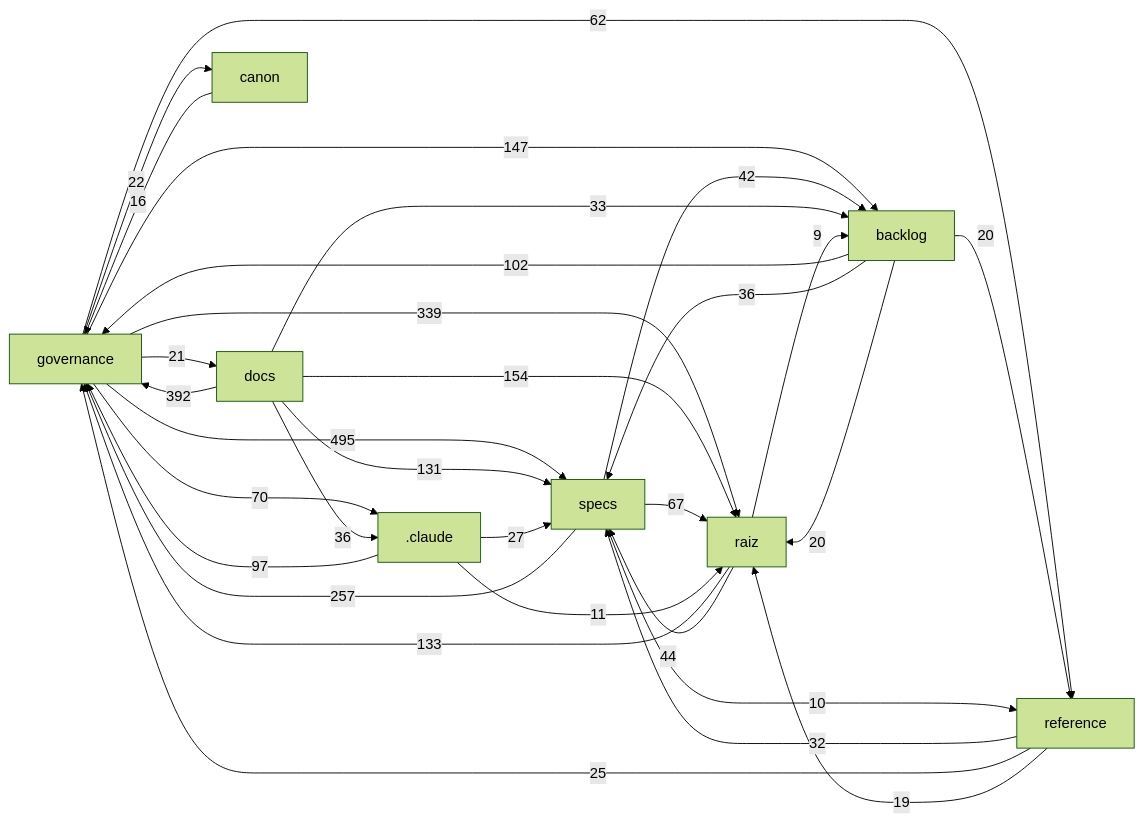
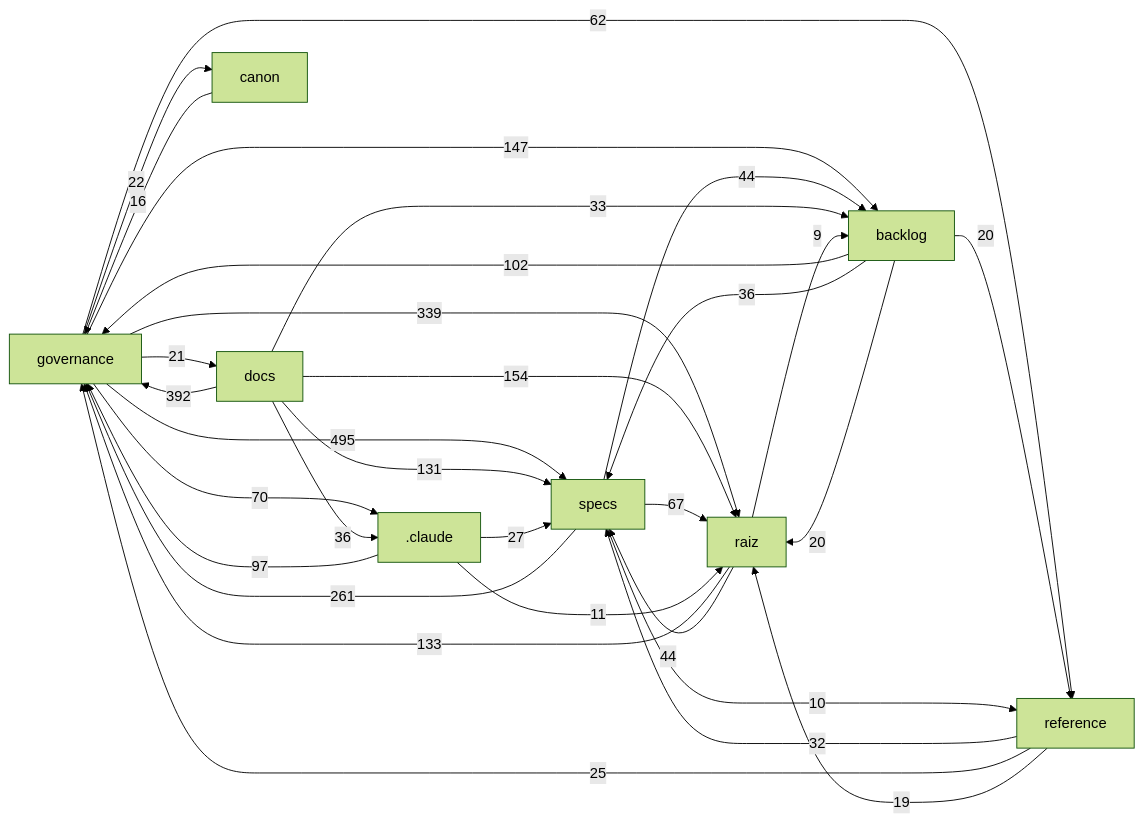
One commit to Andraus35/Sistema-Operacional-de-Trading--SOT changed the diagram in docs/mapa/MAPA-PROJETO.md. Above: the diagram before and after it, drawn with Mermaid (forest theme). The commit also changed other lines of this file and 3 other files, not shown here.

````diff
--- a/docs/mapa/MAPA-PROJETO.md
+++ b/docs/mapa/MAPA-PROJETO.md
@@ -29,33 +29,33 @@
 ```mermaid
 flowchart LR
   governance["governance"] -->|495| specs["specs"]
   docs["docs"] -->|392| governance["governance"]
   governance["governance"] -->|339| raiz["raiz"]
-  specs["specs"] -->|257| governance["governance"]
+  specs["specs"] -->|261| governance["governance"]
   docs["docs"] -->|154| raiz["raiz"]
   governance["governance"] -->|147| backlog["backlog"]
   raiz["raiz"] -->|133| governance["governance"]
   docs["docs"] -->|131| specs["specs"]
   backlog["backlog"] -->|102| governance["governance"]
   _claude[".claude"] -->|97| governance["governance"]
   governance["governance"] -->|70| _claude[".claude"]
   specs["specs"] -->|67| raiz["raiz"]
   governance["governance"] -->|62| reference["reference"]
   raiz["raiz"] -->|44| specs["specs"]
-  specs["specs"] -->|42| backlog["backlog"]
+  specs["specs"] -->|44| backlog["backlog"]
   backlog["backlog"] -->|36| specs["specs"]
   docs["docs"] -->|36| _claude[".claude"]
   docs["docs"] -->|33| backlog["backlog"]
   reference["reference"] -->|32| specs["specs"]
   _claude[".claude"] -->|27| specs["specs"]
   reference["reference"] -->|25| governance["governance"]
   governance["governance"] -->|22| canon["canon"]
   governance["governance"] -->|21| docs["docs"]
   backlog["backlog"] -->|20| raiz["raiz"]
   backlog["backlog"] -->|20| reference["reference"]
   reference["reference"] -->|19| raiz["raiz"]
   canon["canon"] -->|16| governance["governance"]
   _claude[".claude"] -->|11| raiz["raiz"]
   specs["specs"] -->|10| reference["reference"]
   raiz["raiz"] -->|9| backlog["backlog"]
 ```
````
